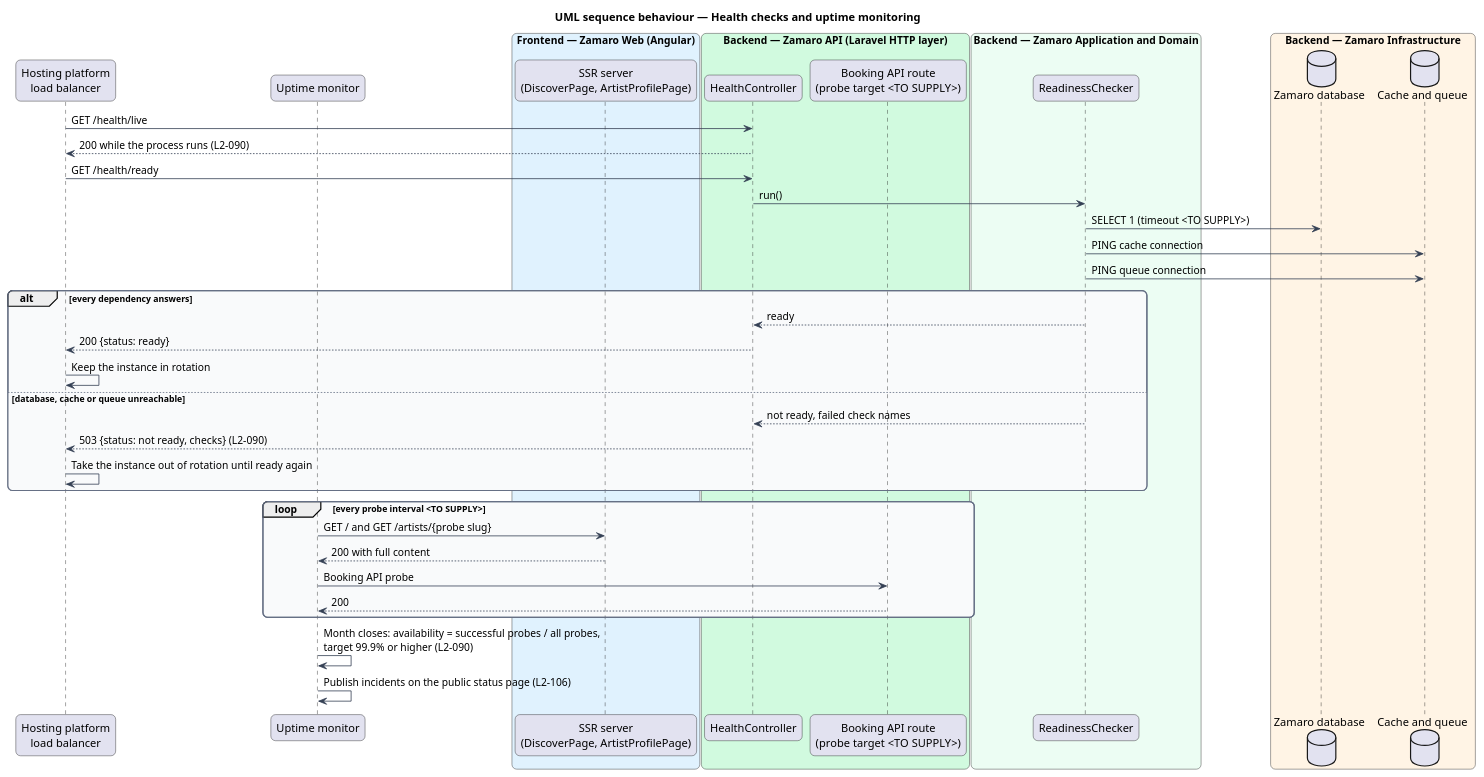
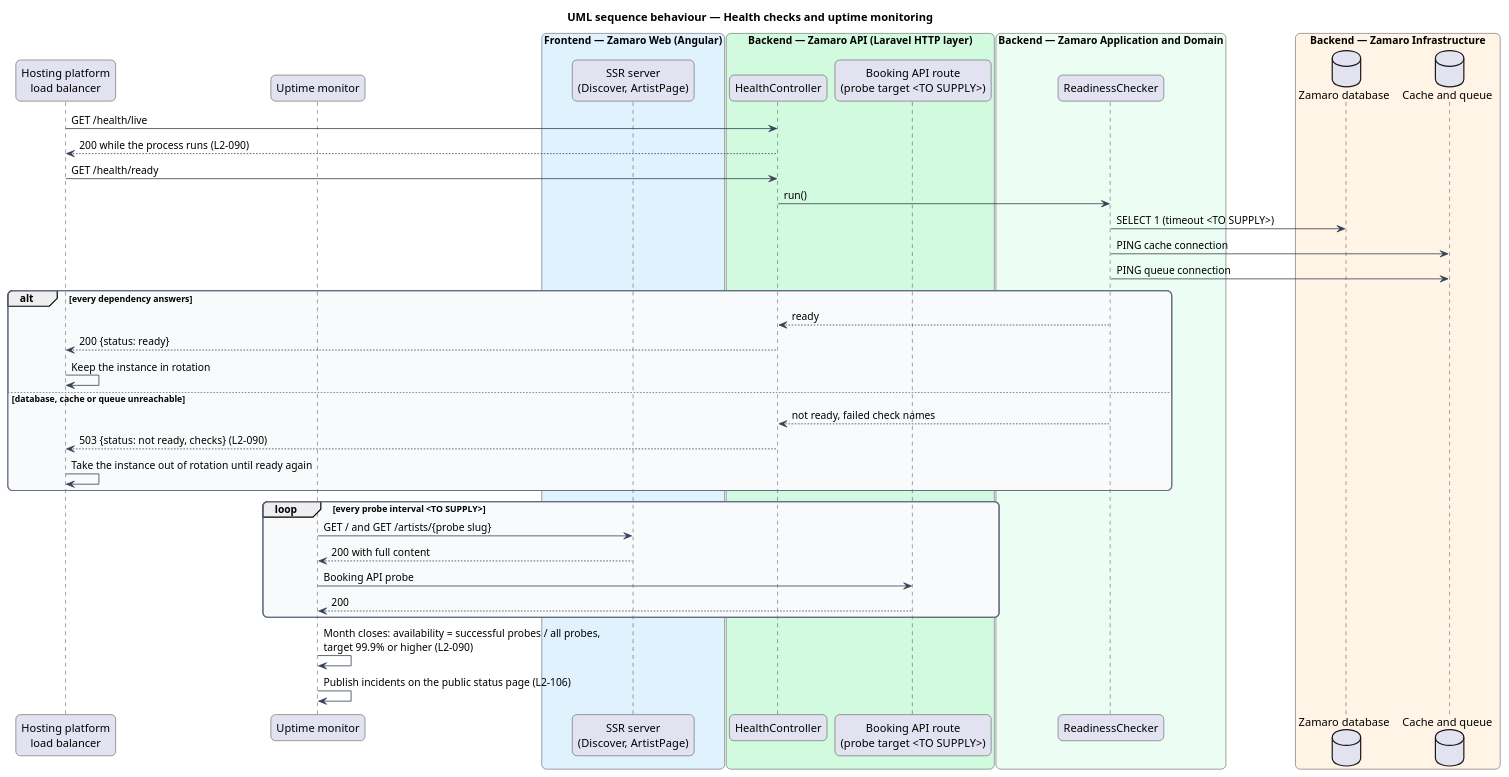
One commit to QuinntyneBrown/zamaro changed the diagram in docs/detailed-designs/operations/monitor-health-and-errors/diagrams/sequence-health-and-uptime.puml. Above: the diagram before and after it, drawn with PlantUML. The commit also changed 71 other files, not shown here.

```diff
--- a/docs/detailed-designs/operations/monitor-health-and-errors/diagrams/sequence-health-and-uptime.puml
+++ b/docs/detailed-designs/operations/monitor-health-and-errors/diagrams/sequence-health-and-uptime.puml
@@ -1,58 +1,58 @@
 @startuml
 title UML sequence behaviour — Health checks and uptime monitoring
 skinparam backgroundColor #FFFFFF
 skinparam shadowing false
 skinparam roundcorner 12
 skinparam defaultFontName Arial
 skinparam ArrowColor #344054
 skinparam rectangle {
   BorderColor #344054
   FontColor #101828
 }
 skinparam package {
   BorderColor #667085
   FontColor #101828
   BackgroundColor #F9FAFB
 }
 participant "Hosting platform\nload balancer" as lb
 participant "Uptime monitor" as uptime
 box "Frontend — Zamaro Web (Angular)" #E0F2FE
-  participant "SSR server\n(DiscoverPage, ArtistProfilePage)" as ssr
+  participant "SSR server\n(Discover, ArtistPage)" as ssr
 end box
 box "Backend — Zamaro API (Laravel HTTP layer)" #D1FADF
   participant "HealthController" as health
   participant "Booking API route\n(probe target <TO SUPPLY>)" as bookings
 end box
 box "Backend — Zamaro Application and Domain" #ECFDF3
   participant "ReadinessChecker" as checker
 end box
 box "Backend — Zamaro Infrastructure" #FFF4E5
   database "Zamaro database" as db
   database "Cache and queue" as redis
 end box
 
 lb -> health : GET /health/live
 health --> lb : 200 while the process runs (L2-090)
 lb -> health : GET /health/ready
 health -> checker : run()
 checker -> db : SELECT 1 (timeout <TO SUPPLY>)
 checker -> redis : PING cache connection
 checker -> redis : PING queue connection
 alt every dependency answers
   checker --> health : ready
   health --> lb : 200 {status: ready}
   lb -> lb : Keep the instance in rotation
 else database, cache or queue unreachable
   checker --> health : not ready, failed check names
   health --> lb : 503 {status: not ready, checks} (L2-090)
   lb -> lb : Take the instance out of rotation until ready again
 end
 loop every probe interval <TO SUPPLY>
   uptime -> ssr : GET / and GET /artists/{probe slug}
   ssr --> uptime : 200 with full content
   uptime -> bookings : Booking API probe
   bookings --> uptime : 200
 end
 uptime -> uptime : Month closes: availability = successful probes / all probes,\ntarget 99.9% or higher (L2-090)
 uptime -> uptime : Publish incidents on the public status page (L2-106)
 @enduml
```
